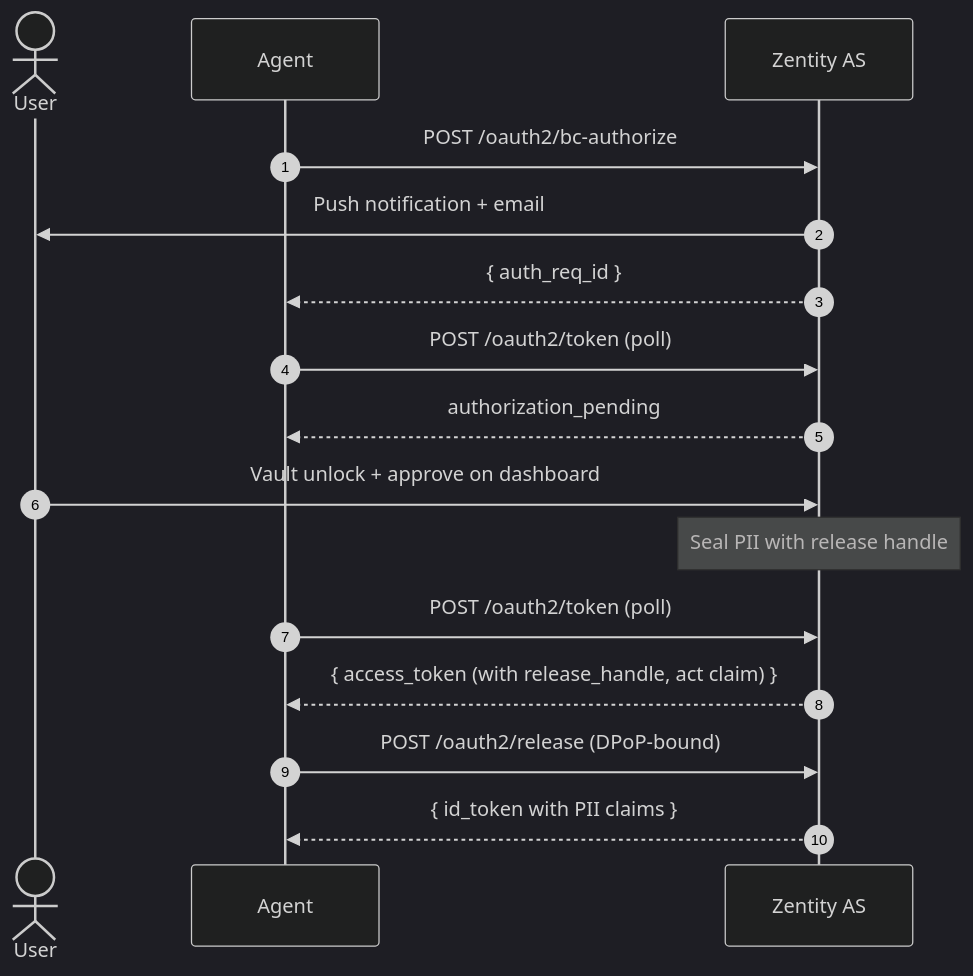
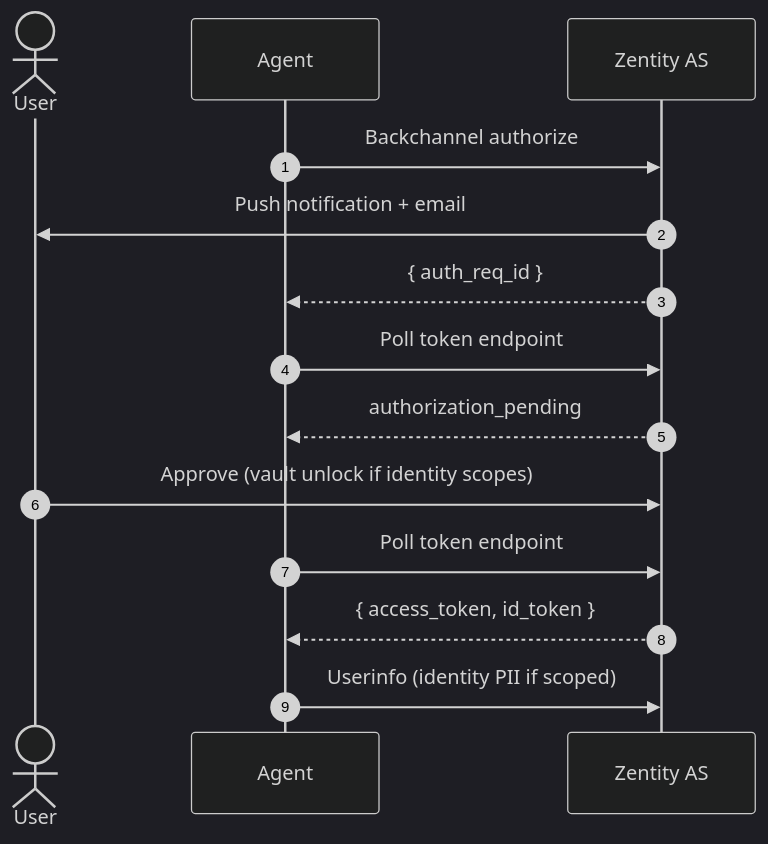
The fourth of 4 diagrams in docs/architecture.md (gustavovalverde/zentity), drawn with Mermaid (dark theme) before and after one commit. The commit also changed other lines of this file and 3 other files, not shown here.

````diff
--- a/docs/architecture.md
+++ b/docs/architecture.md
@@ -282,19 +282,17 @@
 ```mermaid
 sequenceDiagram
   autonumber
   actor User
   participant Agent as Agent
   participant AS as Zentity AS
 
-  Agent->>AS: POST /oauth2/bc-authorize
+  Agent->>AS: Backchannel authorize
   AS->>User: Push notification + email
   AS-->>Agent: { auth_req_id }
-  Agent->>AS: POST /oauth2/token (poll)
+  Agent->>AS: Poll token endpoint
   AS-->>Agent: authorization_pending
-  User->>AS: Vault unlock + approve on dashboard
-  Note over AS: Seal PII with release handle
-  Agent->>AS: POST /oauth2/token (poll)
-  AS-->>Agent: { access_token (with release_handle, act claim) }
-  Agent->>AS: POST /oauth2/release (DPoP-bound)
-  AS-->>Agent: { id_token with PII claims }
+  User->>AS: Approve (vault unlock if identity scopes)
+  Agent->>AS: Poll token endpoint
+  AS-->>Agent: { access_token, id_token }
+  Agent->>AS: Userinfo (identity PII if scoped)
 ```
````
